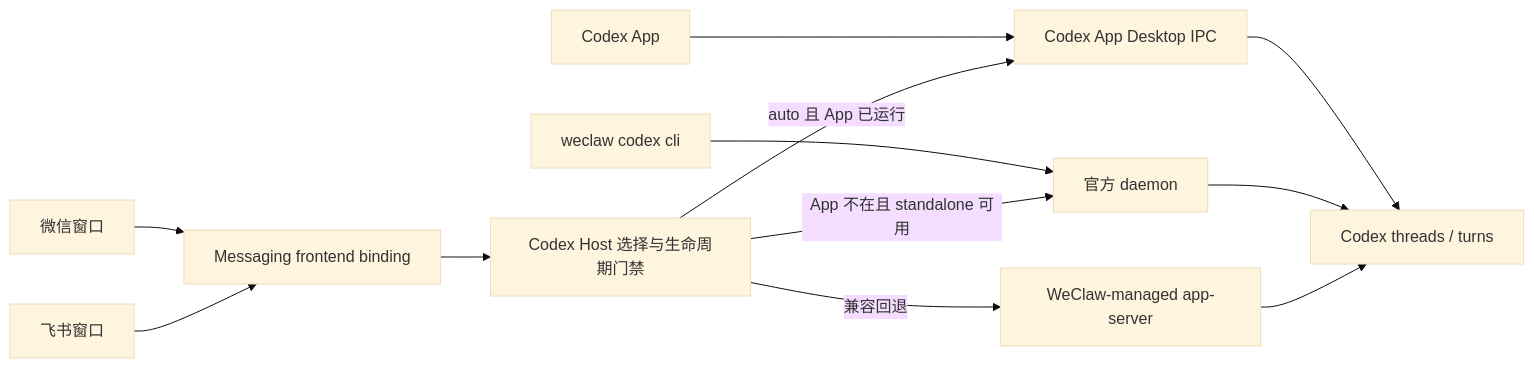
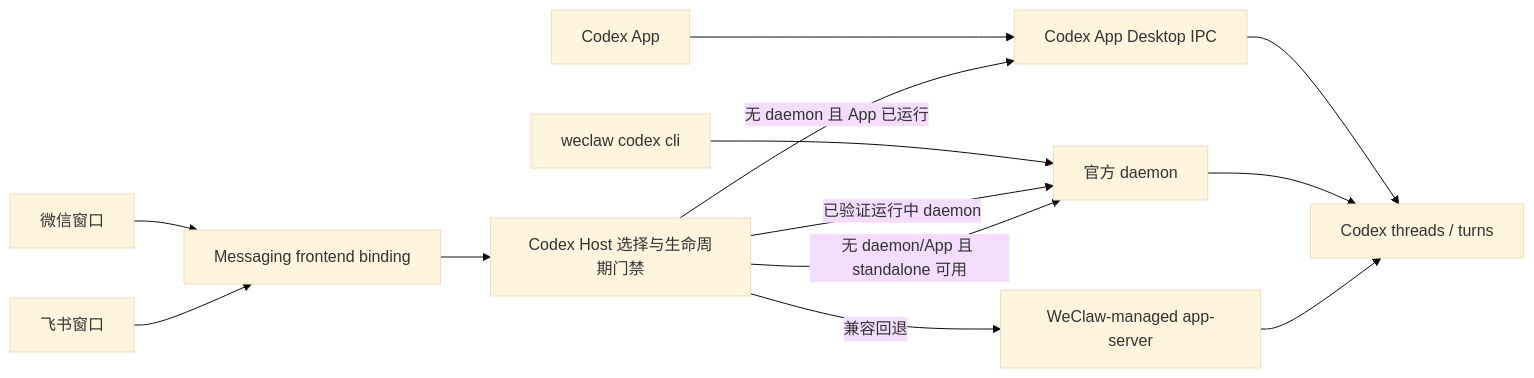
Before and after one commit to TingRuDeng/weclaw: the diagram in docs/superpowers/specs/2026-07-18-codex-single-app-server-design.md, drawn with Mermaid (base theme). The commit also changed other lines of this file and 30 other files, not shown here.

````diff
--- a/docs/superpowers/specs/2026-07-18-codex-single-app-server-design.md
+++ b/docs/superpowers/specs/2026-07-18-codex-single-app-server-design.md
@@ -28,14 +28,15 @@
 ```mermaid
 flowchart LR
     W[微信窗口] --> M[Messaging frontend binding]
     F[飞书窗口] --> M
     A[Codex App] --> D[Codex App Desktop IPC]
     L[weclaw codex cli] --> O[官方 daemon]
     M --> R[Codex Host 选择与生命周期门禁]
-    R -->|auto 且 App 已运行| D
-    R -->|App 不在且 standalone 可用| O
+    R -->|已验证运行中 daemon| O
+    R -->|无 daemon 且 App 已运行| D
+    R -->|无 daemon/App 且 standalone 可用| O
     R -->|兼容回退| C[WeClaw-managed app-server]
     D --> T[Codex threads / turns]
     O --> T
     C --> T
 ```
````
